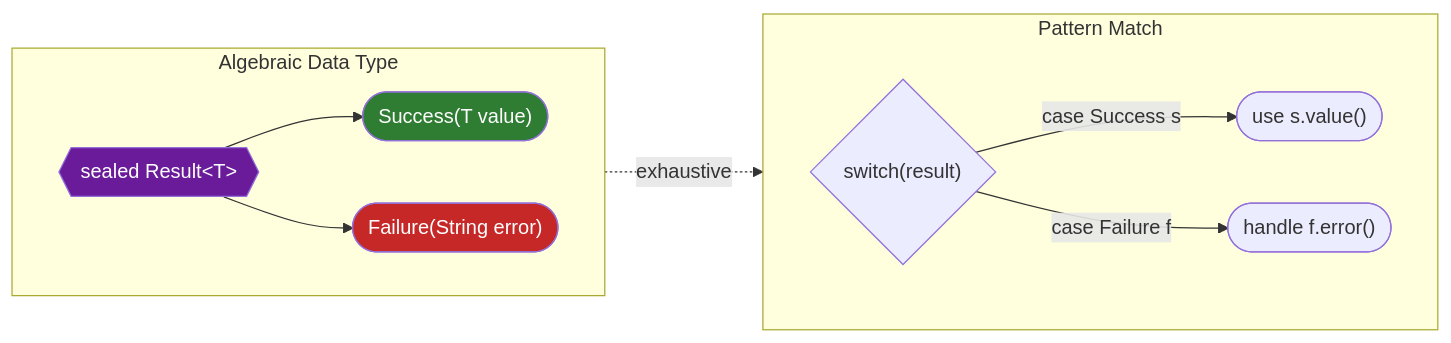
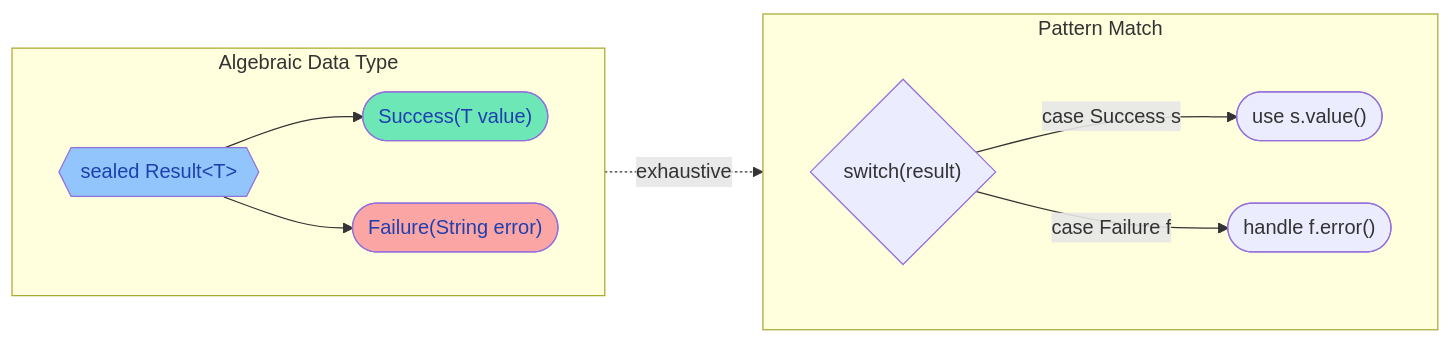
One commit to saivamsikaruturi/vamsilabs-dev-notes-main changed the third of 6 diagrams in docs/java/ModernJava.md. Above: the diagram before and after it, drawn with Mermaid. The commit also changed other lines of this file and 220 other files, not shown here.

First line of the commit message:
Add 50+ new Java/Spring Boot pages, rewrite CSS code blocks to Oracle style, fix all diagram colors

````diff
--- a/docs/java/ModernJava.md
+++ b/docs/java/ModernJava.md
@@ -186,22 +186,22 @@
 ```mermaid
 flowchart LR
     subgraph "Algebraic Data Type"
         direction LR
         Result{{"sealed Result&lt;T&gt;"}}
         Result --> Success(["Success(T value)"])
         Result --> Failure(["Failure(String error)"])
     end
 
     subgraph "Pattern Match"
         direction LR
         Switch{"switch(result)"}
         Switch -->|"case Success s"| Happy(["use s.value()"])
         Switch -->|"case Failure f"| Error(["handle f.error()"])
     end
 
     Result -.->|"exhaustive"| Switch
 
-    style Result fill:#6A1B9A,color:#fff
-    style Success fill:#2E7D32,color:#fff
-    style Failure fill:#C62828,color:#fff
+    style Result fill:#93C5FD,color:#1E40AF
+    style Success fill:#6EE7B7,color:#1E40AF
+    style Failure fill:#FCA5A5,color:#1E40AF
 ```
````
